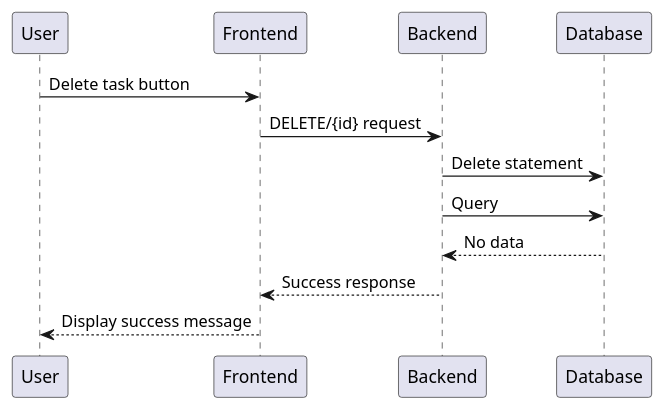
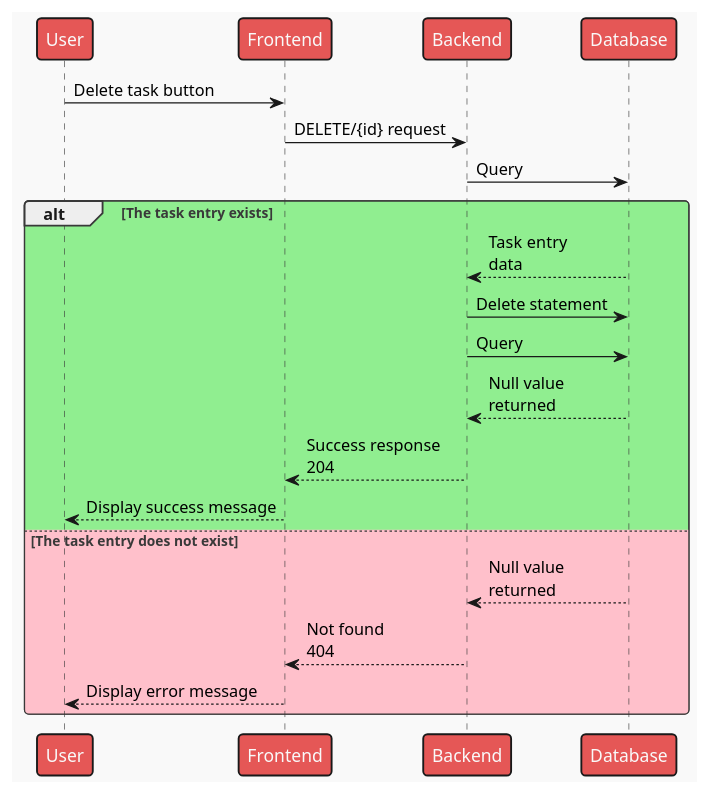
The fifth of 18 diagrams in docs/Sequences.puml (Toby-Rea/planner), drawn with PlantUML before and after one commit. The commit also changed other lines of this file and 18 other files, not shown here.

Commit message:
added 404 responses to appropriate sequences and added mars theme to diagrams

```diff
--- a/docs/Sequences.puml
+++ b/docs/Sequences.puml
@@ -52,14 +63,25 @@
 @startuml Delete single task
+!theme mars
 participant User as u
 participant Frontend as fe
 participant Backend as be
 participant Database as db
 
 u -> fe: Delete task button
 fe -> be: DELETE/{id} request
-be -> db: Delete statement
 be -> db: Query
-be <-- db: No data
-fe <-- be: Success response
-u <-- fe: Display success message
+
+alt #LightGreen The task entry exists
+    be <-- db: Task entry\ndata
+    be -> db: Delete statement
+    be -> db: Query
+    be <-- db: Null value\nreturned
+    fe <-- be: Success response\n204
+    u <-- fe: Display success message
+else #Pink The task entry does not exist
+    be <-- db: Null value\nreturned
+    fe <-- be: Not found\n404
+    u <-- fe: Display error message
+end
+
 @enduml
```
